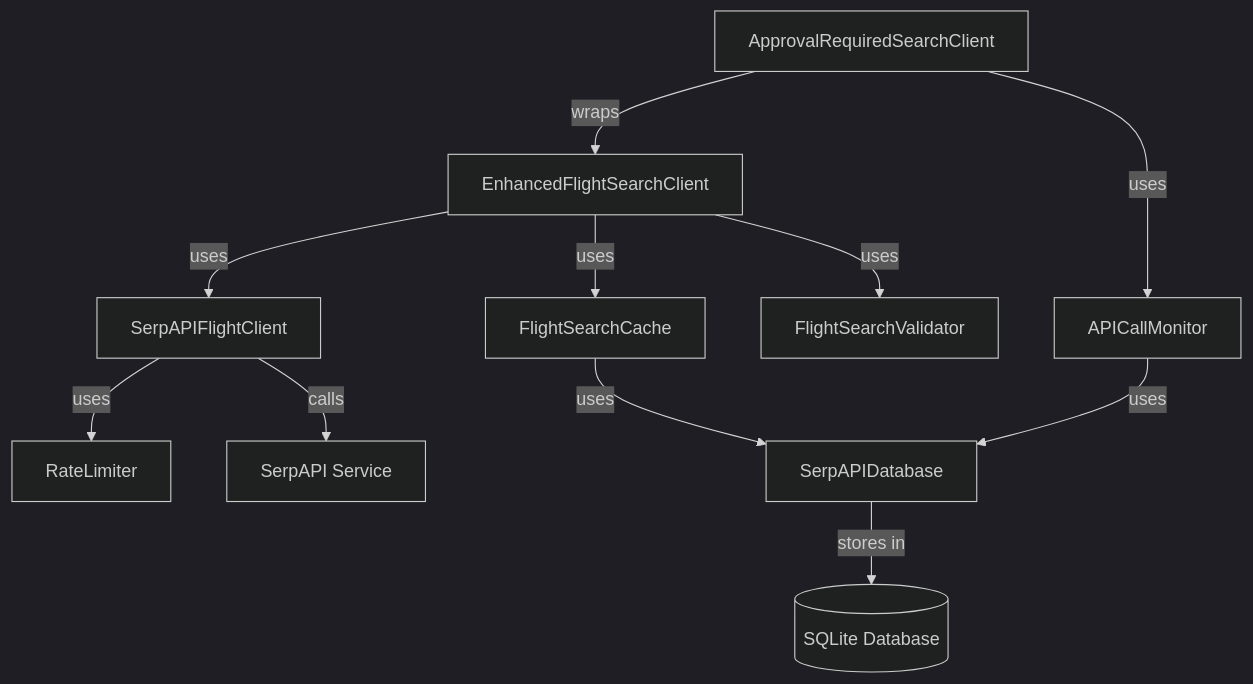
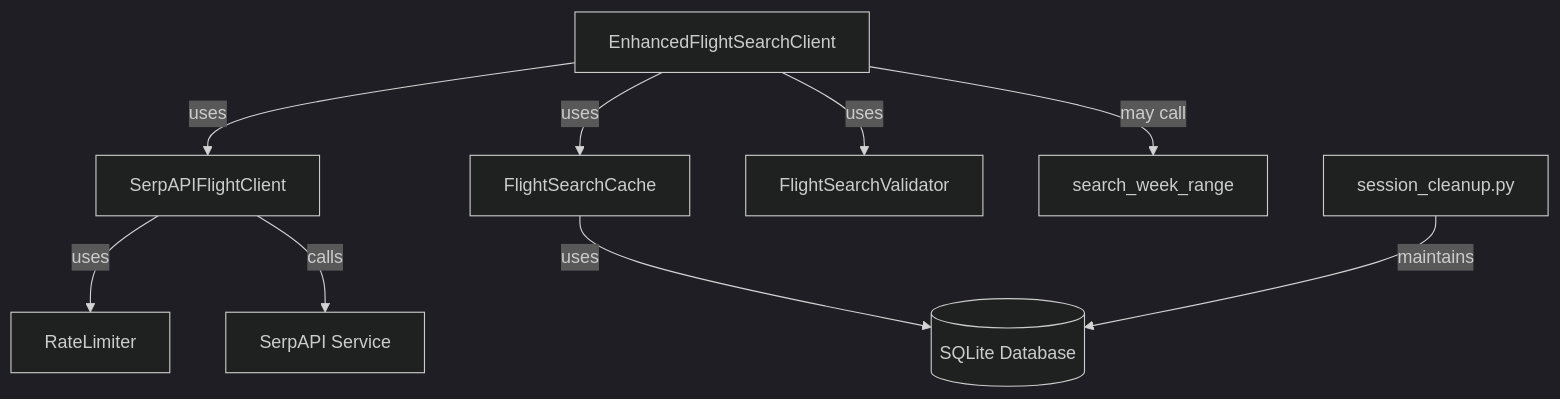
Before and after one commit to samuelarosario/SerpAPI-GPT5: diagram 11 of 11 in MD/TECHNICAL_REFERENCE.md, drawn with Mermaid (dark theme). The commit also changed other lines of this file and 1 other file, not shown here.

Commit message:
docs: remove deprecated approval/analyzer flows and add deprecation notes (Sept 2025)

````diff
--- a/MD/TECHNICAL_REFERENCE.md
+++ b/MD/TECHNICAL_REFERENCE.md
@@ -432,17 +373,13 @@
 ```mermaid
 graph TD
     ESC[EnhancedFlightSearchClient] --> |uses| SAC[SerpAPIFlightClient]
     ESC --> |uses| FSC[FlightSearchCache]
     ESC --> |uses| FSV[FlightSearchValidator]
-    
-    ARSC[ApprovalRequiredSearchClient] --> |wraps| ESC
-    ARSC --> |uses| ACM[APICallMonitor]
-    
-    FSC --> |uses| SADB[SerpAPIDatabase]
-    ACM --> |uses| SADB
-    
+    ESC --> |may call| WRS[search_week_range]
+
+    FSC --> |uses| DB[(SQLite Database)]
     SAC --> |uses| RL[RateLimiter]
     SAC --> |calls| SAPI[SerpAPI Service]
-    
-    SADB --> |stores in| DB[(SQLite Database)]
+
+    SessionCleanup[session_cleanup.py] --> |maintains| DB
 ```
````
